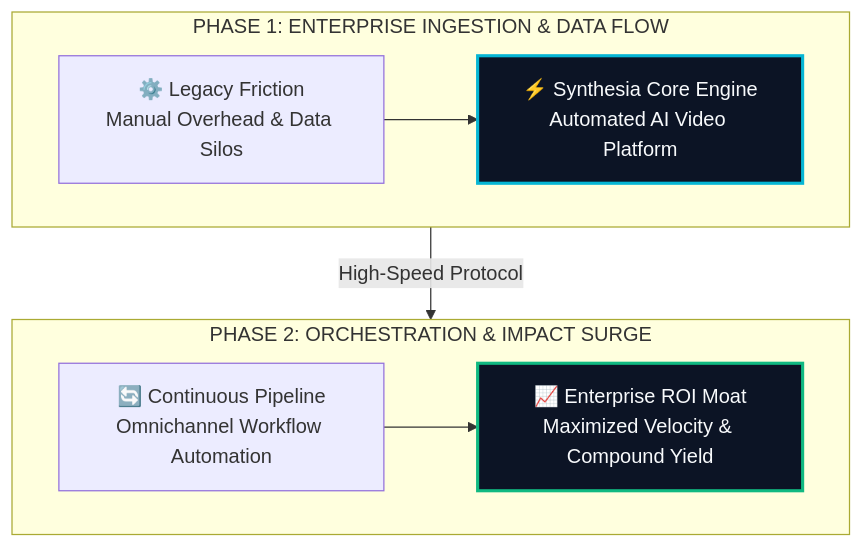
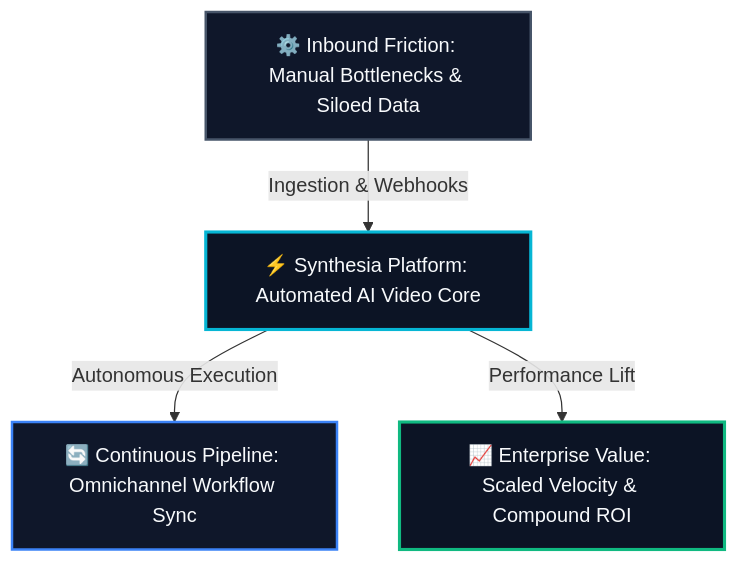
The diagram in site/src/content/blog/synthesia-evolution-guide-2026.md (heliatech-media/saas-radar), drawn with Mermaid before and after one commit. The commit also changed 93 other files, not shown here.

First line of the commit message:
fix(diagrams): resolve dagre-d3 subgraph collision by migrating to balanced 3-tier Hub & Spoke architecture

````diff
--- a/site/src/content/blog/synthesia-evolution-guide-2026.md
+++ b/site/src/content/blog/synthesia-evolution-guide-2026.md
@@ -51,14 +51,14 @@
 ```mermaid
 flowchart TD
-    subgraph S1["PHASE 1: ENTERPRISE INGESTION & DATA FLOW"]
-        direction LR
-        A["⚙️ Legacy Friction<br/>Manual Overhead & Data Silos"] --> B["⚡ Synthesia Core Engine<br/>Automated AI Video Platform"]
-    end
-    subgraph S2["PHASE 2: ORCHESTRATION & IMPACT SURGE"]
-        direction LR
-        C["🔄 Continuous Pipeline<br/>Omnichannel Workflow Automation"] --> D["📈 Enterprise ROI Moat<br/>Maximized Velocity & Compound Yield"]
-    end
-    S1 -->|High-Speed Protocol| S2
-    style B fill:#0c1425,stroke:#06b6d4,stroke-width:2.5px,color:#f8fafc
-    style D fill:#0c1425,stroke:#10b981,stroke-width:2.5px,color:#f8fafc
+    Inp["⚙️ Inbound Friction: Manual Bottlenecks & Siloed Data"]
+    Eng["⚡ Synthesia Platform: Automated AI Video Core"]
+    Out1["🔄 Continuous Pipeline: Omnichannel Workflow Sync"]
+    Out2["📈 Enterprise Value: Scaled Velocity & Compound ROI"]
+    Inp -->|Ingestion & Webhooks| Eng
+    Eng -->|Autonomous Execution| Out1
+    Eng -->|Performance Lift| Out2
+    style Inp fill:#0f172a,stroke:#475569,stroke-width:2px,color:#f8fafc
+    style Eng fill:#0c1425,stroke:#06b6d4,stroke-width:2.5px,color:#f8fafc
+    style Out1 fill:#0f172a,stroke:#3b82f6,stroke-width:2px,color:#f8fafc
+    style Out2 fill:#0c1425,stroke:#10b981,stroke-width:2.5px,color:#f8fafc
 ```
````
